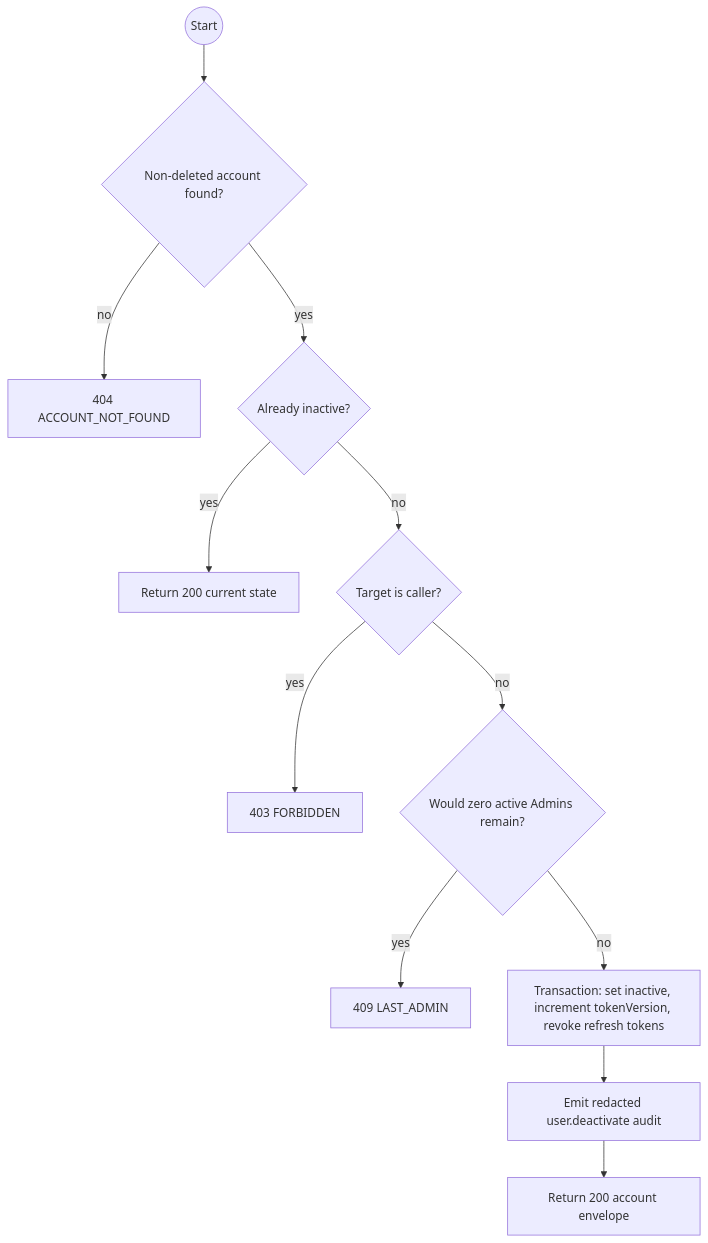
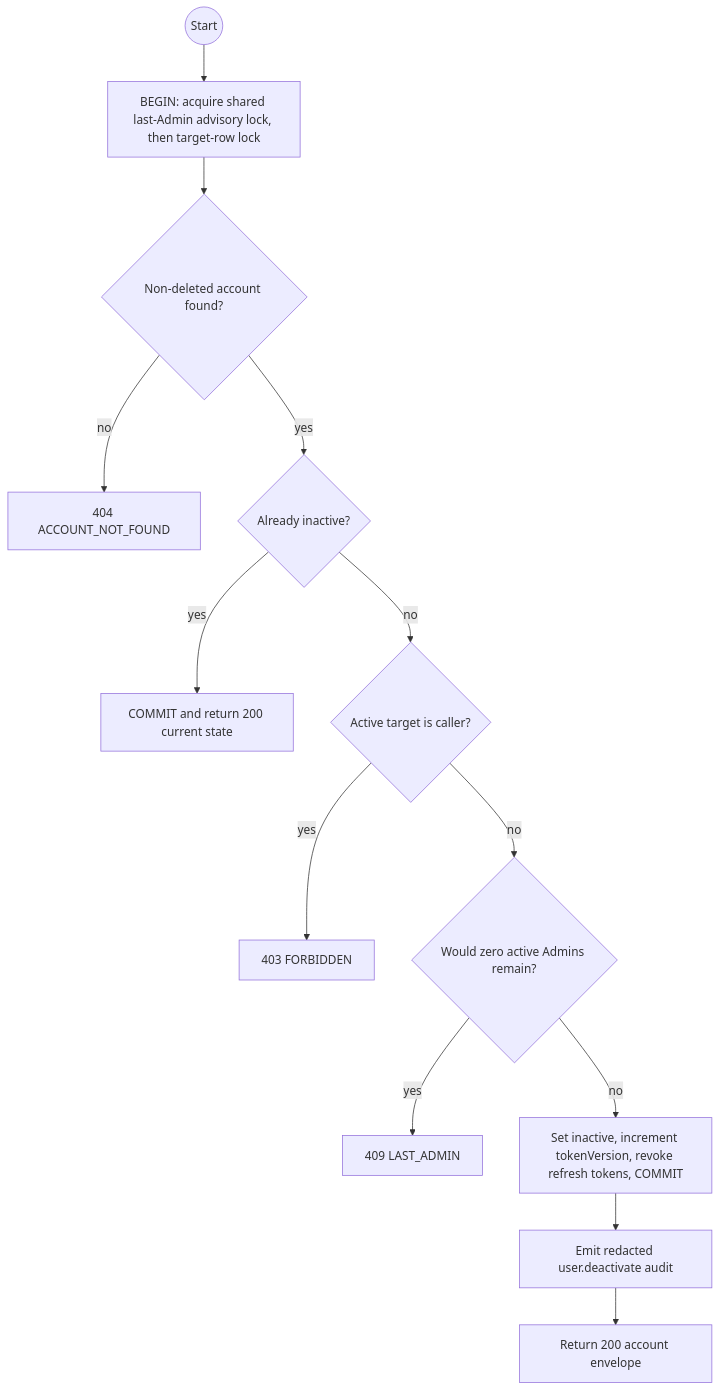
The first of 2 diagrams in specs/auth/api-design/20-post-users-deactivate.md (TrekLink-Team/treklink-web), drawn with Mermaid before and after one commit. The commit also changed other lines of this file and 3 other files, not shown here.

Commit message:
docs(TK-22): serialize last-admin guard

````diff
--- a/specs/auth/api-design/20-post-users-deactivate.md
+++ b/specs/auth/api-design/20-post-users-deactivate.md
@@ -71,14 +71,15 @@
 ```mermaid
 flowchart TB
-    S((Start)) --> F{Non-deleted account found?}
+    S((Start)) --> T[BEGIN: acquire shared last-Admin advisory lock, then target-row lock]
+    T --> F{Non-deleted account found?}
     F -->|no| E1[404 ACCOUNT_NOT_FOUND]
     F -->|yes| I{Already inactive?}
-    I -->|yes| O1[Return 200 current state]
-    I -->|no| A{Target is caller?}
+    I -->|yes| O1[COMMIT and return 200 current state]
+    I -->|no| A{Active target is caller?}
     A -->|yes| E2[403 FORBIDDEN]
     A -->|no| L{Would zero active Admins remain?}
     L -->|yes| E3[409 LAST_ADMIN]
-    L -->|no| T[Transaction: set inactive, increment tokenVersion, revoke refresh tokens]
-    T --> U[Emit redacted user.deactivate audit]
+    L -->|no| W[Set inactive, increment tokenVersion, revoke refresh tokens, COMMIT]
+    W --> U[Emit redacted user.deactivate audit]
     U --> O2[Return 200 account envelope]
 ```
````
